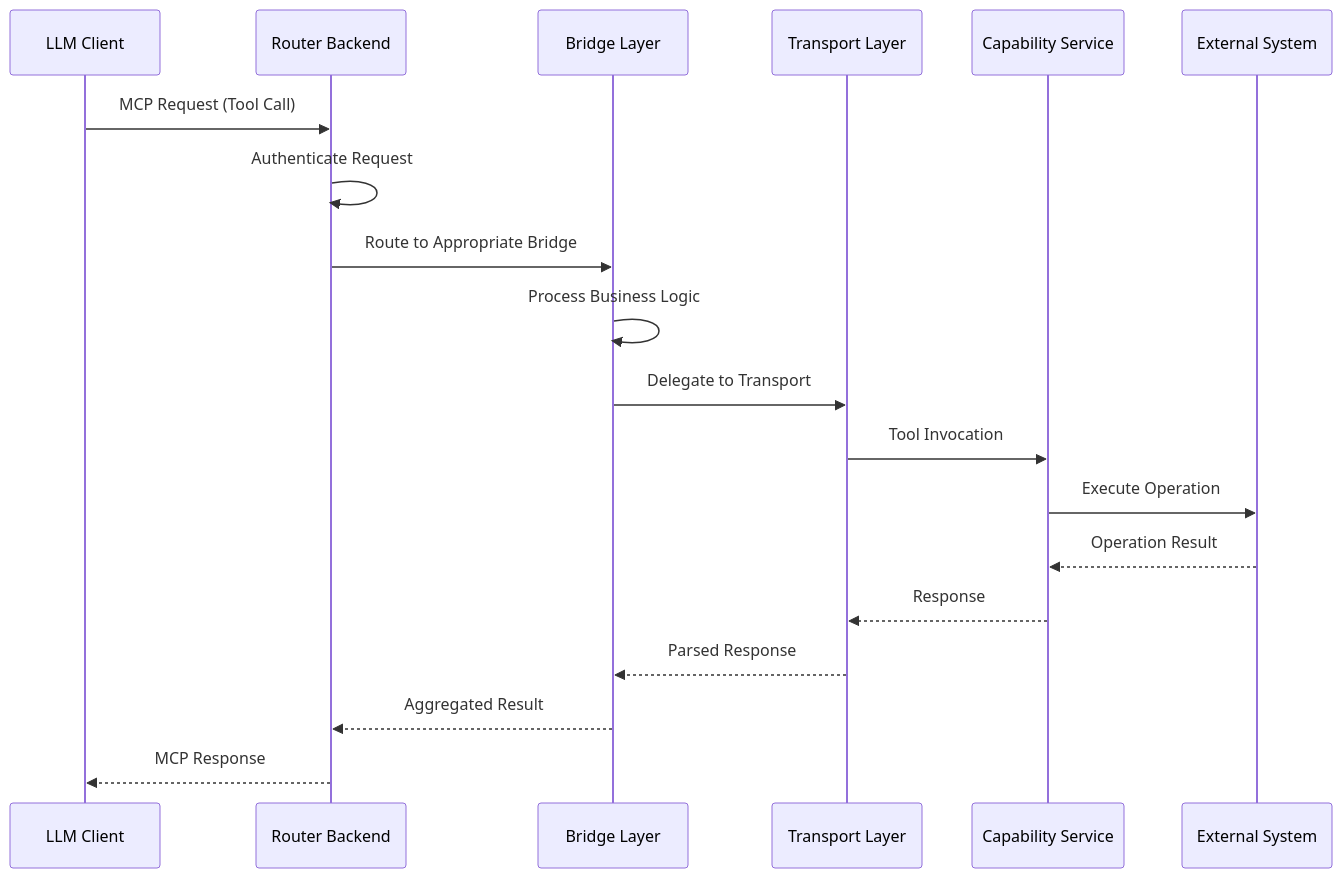
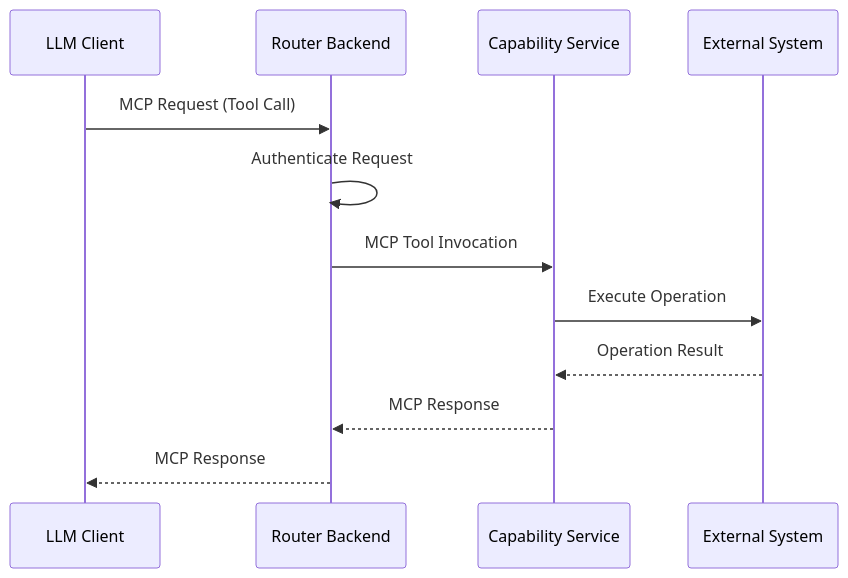
Before and after one commit to orpiske/wanaku-barn: the second of 11 diagrams in docs/architecture.md, drawn with Mermaid. The commit also changed other lines of this file and 4 other files, not shown here.

First line of the commit message:
chore: fix docs to reflect MCP-based router-to-capability communication

````diff
--- a/docs/architecture.md
+++ b/docs/architecture.md
@@ -153,22 +153,15 @@
 ```mermaid
 sequenceDiagram
     participant Client as LLM Client
     participant Router as Router Backend
-    participant Bridge as Bridge Layer
-    participant Transport as Transport Layer
     participant Service as Capability Service
     participant Target as External System
 
     Client->>Router: MCP Request (Tool Call)
     Router->>Router: Authenticate Request
-    Router->>Bridge: Route to Appropriate Bridge
-    Bridge->>Bridge: Process Business Logic
-    Bridge->>Transport: Delegate to Transport
-    Transport->>Service: Tool Invocation
+    Router->>Service: MCP Tool Invocation
     Service->>Target: Execute Operation
     Target-->>Service: Operation Result
-    Service-->>Transport: Response
-    Transport-->>Bridge: Parsed Response
-    Bridge-->>Router: Aggregated Result
+    Service-->>Router: MCP Response
     Router-->>Client: MCP Response
 ```
````
